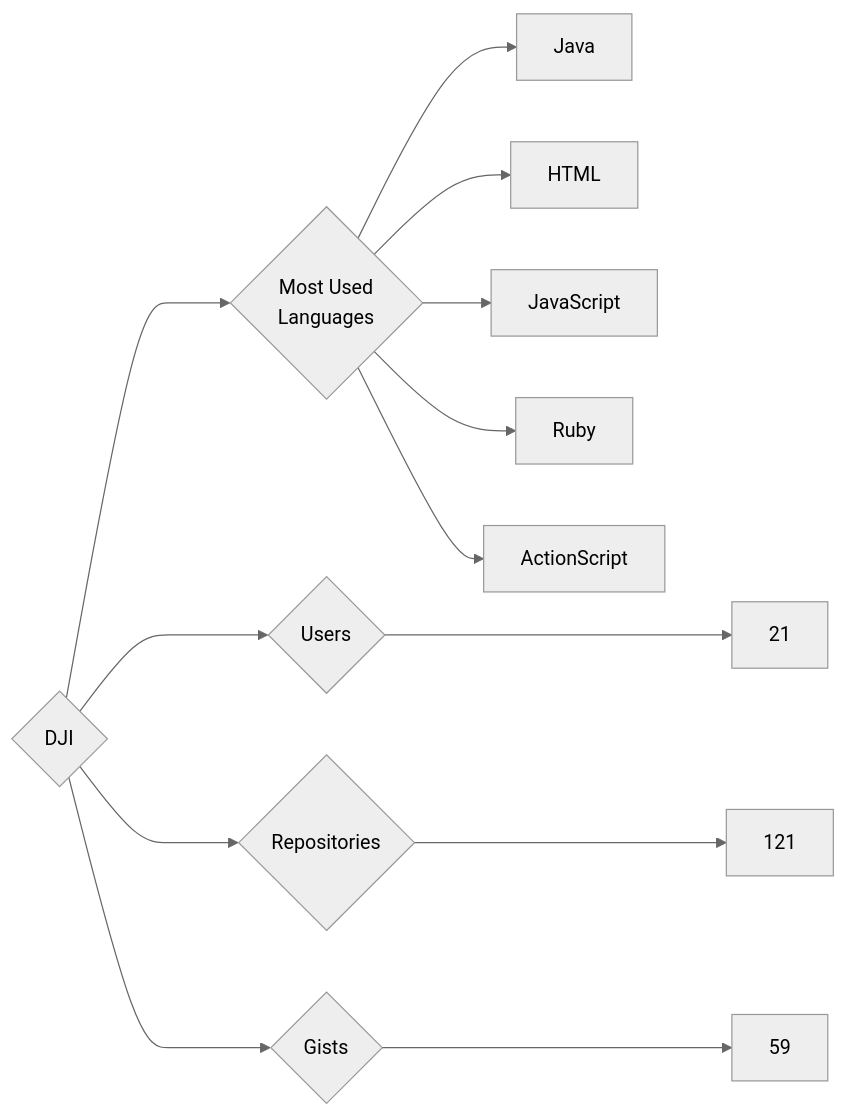
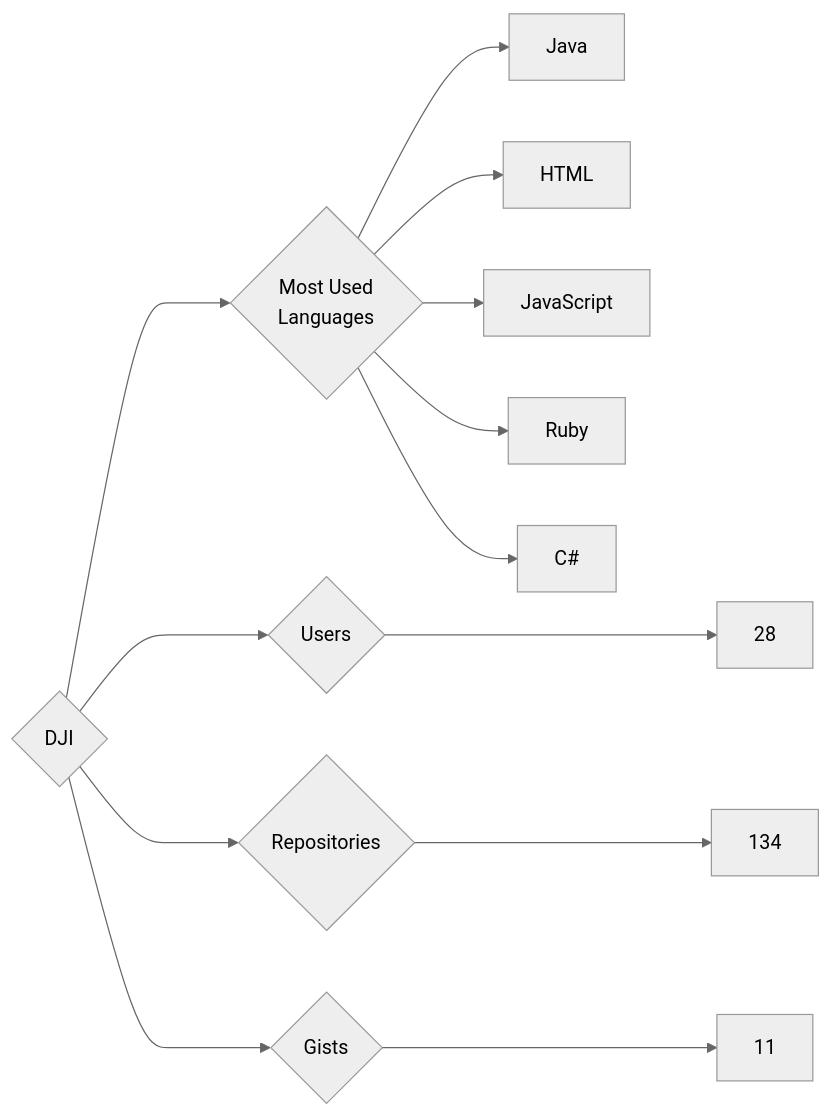
Before and after one commit to trickest/insiders: the diagram in targets/DJI/README.md, drawn with Mermaid (neutral theme). The commit also changed 545 other files, not shown here.

````diff
--- a/targets/DJI/README.md
+++ b/targets/DJI/README.md
@@ -3,13 +3,13 @@
 ```mermaid
 graph LR
 COMPANY_NAME{DJI}
-COMPANY_NAME ---> U{Users} ---> UN[21]
-COMPANY_NAME ---> R{Repositories} ---> RN[121]
-COMPANY_NAME ---> G{Gists} ---> GN[59]
+COMPANY_NAME ---> U{Users} ---> UN[28]
+COMPANY_NAME ---> R{Repositories} ---> RN[134]
+COMPANY_NAME ---> G{Gists} ---> GN[11]
 COMPANY_NAME ---> ML{Most Used<br>Languages}
 ML --> Java[Java]
 ML --> HTML[HTML]
 ML --> JavaScript[JavaScript]
 ML --> Ruby[Ruby]
-ML --> ActionScript[ActionScript]
+ML --> C#[C#]
 ```
````
